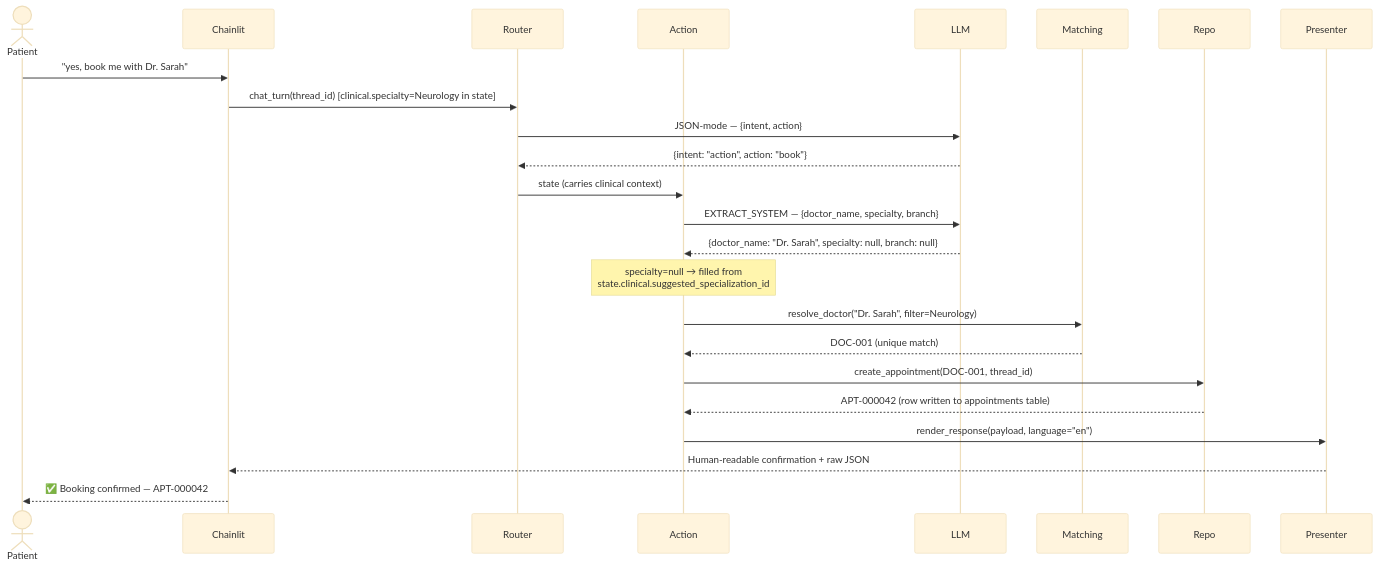
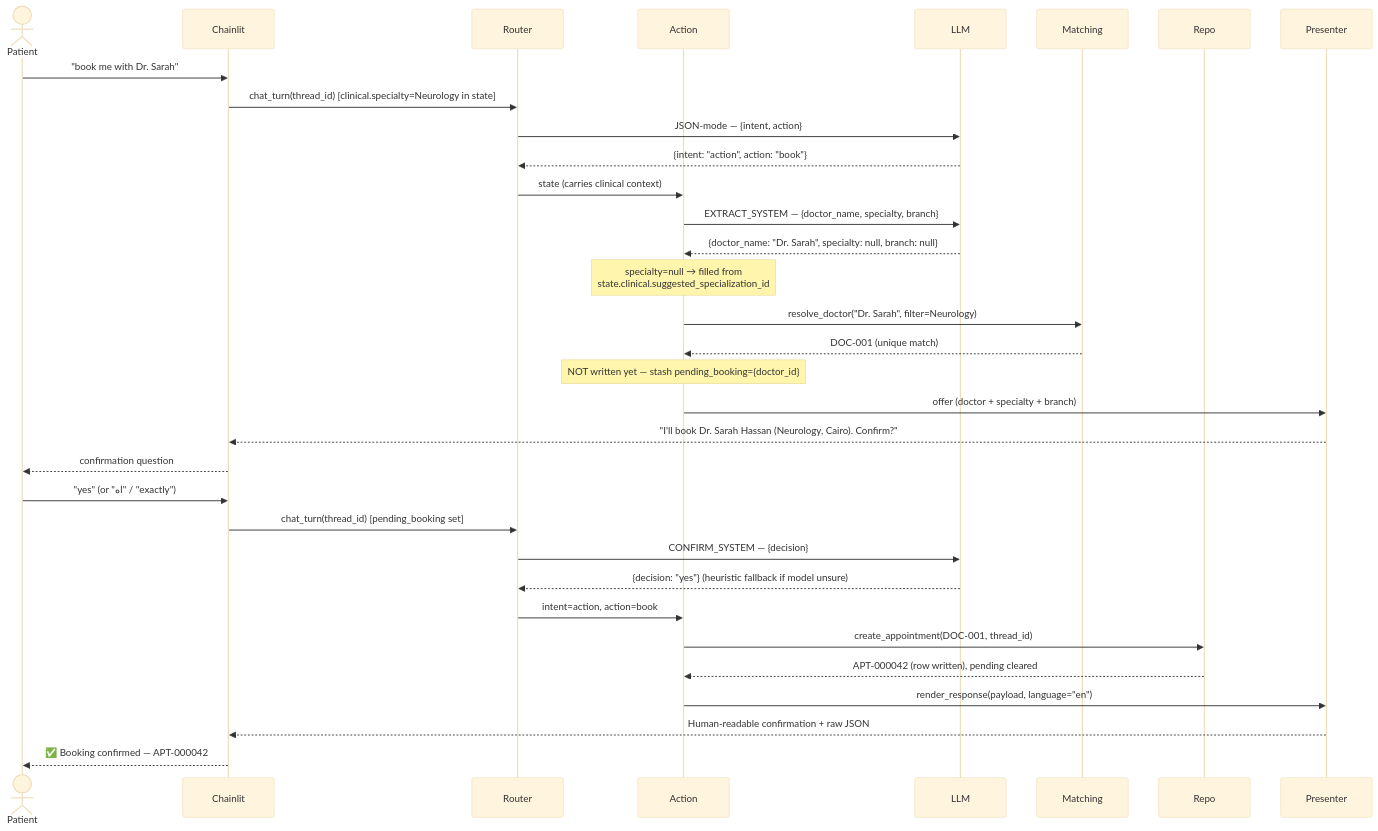
Before and after one commit to Geno212/dms-medical-chatbot: the fourth of 13 diagrams in docs/SYSTEM_DOCUMENTATION.md, drawn with Mermaid (base theme). The commit also changed other lines of this file and 1 other file, not shown here.

First line of the commit message:
Align docs with confirmation step, disambiguation, and updated counts

````diff
--- a/docs/SYSTEM_DOCUMENTATION.md
+++ b/docs/SYSTEM_DOCUMENTATION.md
@@ -193,27 +197,37 @@
 ```mermaid
 sequenceDiagram
     actor Patient
     participant Chainlit
     participant Router
     participant Action
     participant LLM
     participant Matching
     participant Repo
     participant Presenter
 
-    Patient->>Chainlit: "yes, book me with Dr. Sarah"
+    Patient->>Chainlit: "book me with Dr. Sarah"
     Chainlit->>Router: chat_turn(thread_id)  [clinical.specialty=Neurology in state]
     Router->>LLM: JSON-mode — {intent, action}
     LLM-->>Router: {intent: "action", action: "book"}
     Router->>Action: state (carries clinical context)
     Action->>LLM: EXTRACT_SYSTEM — {doctor_name, specialty, branch}
     LLM-->>Action: {doctor_name: "Dr. Sarah", specialty: null, branch: null}
     Note over Action: specialty=null → filled from<br/>state.clinical.suggested_specialization_id
     Action->>Matching: resolve_doctor("Dr. Sarah", filter=Neurology)
     Matching-->>Action: DOC-001 (unique match)
+    Note over Action: NOT written yet — stash pending_booking={doctor_id}
+    Action->>Presenter: offer (doctor + specialty + branch)
+    Presenter-->>Chainlit: "I'll book Dr. Sarah Hassan (Neurology, Cairo). Confirm?"
+    Chainlit-->>Patient: confirmation question
+
+    Patient->>Chainlit: "yes" (or "اه" / "exactly")
+    Chainlit->>Router: chat_turn(thread_id)  [pending_booking set]
+    Router->>LLM: CONFIRM_SYSTEM — {decision}
+    LLM-->>Router: {decision: "yes"}  (heuristic fallback if model unsure)
+    Router->>Action: intent=action, action=book
     Action->>Repo: create_appointment(DOC-001, thread_id)
-    Repo-->>Action: APT-000042 (row written to appointments table)
+    Repo-->>Action: APT-000042 (row written), pending cleared
     Action->>Presenter: render_response(payload, language="en")
     Presenter-->>Chainlit: Human-readable confirmation + raw JSON
     Chainlit-->>Patient: ✅ Booking confirmed — APT-000042
 ```
````
